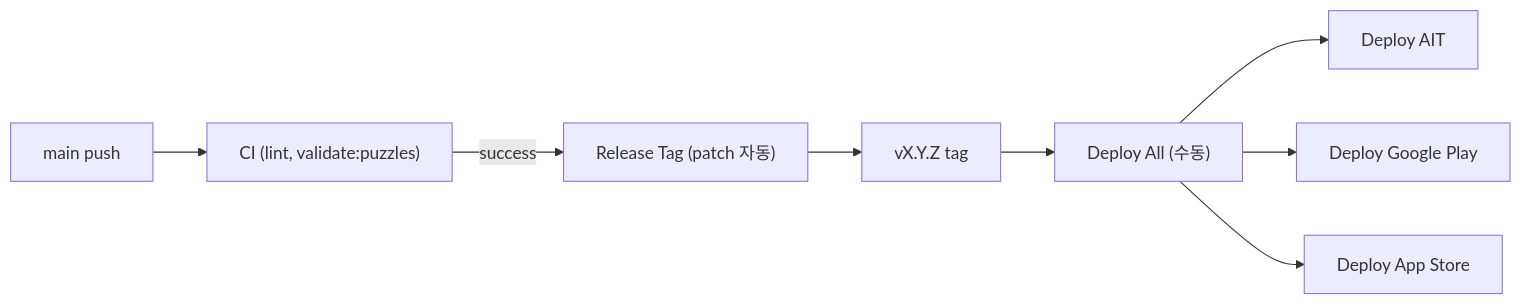
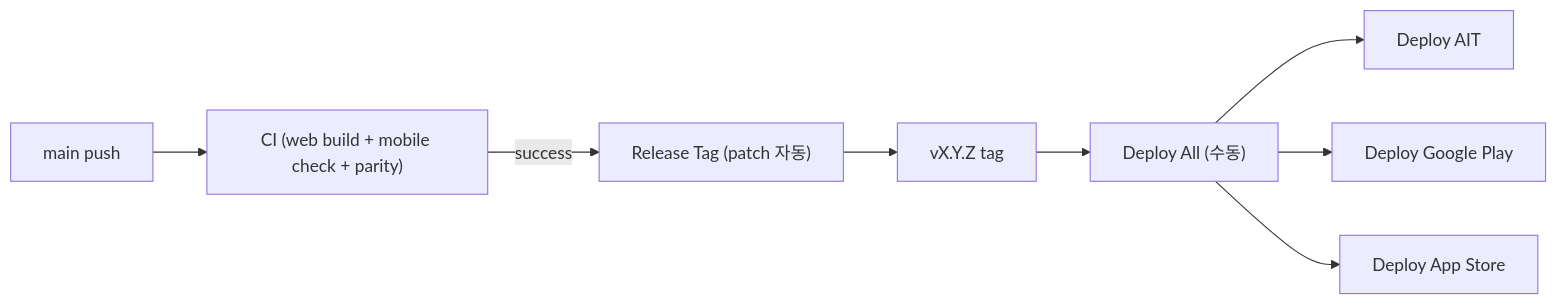
Before and after one commit to seorilabs/crossword-puzzle: the diagram in docs/release-versioning.md, drawn with Mermaid. The commit also changed other lines of this file and 12 other files, not shown here.

````diff
--- a/docs/release-versioning.md
+++ b/docs/release-versioning.md
@@ -13,10 +14,10 @@
 ```mermaid
 flowchart LR
-  Push["main push"] --> CI["CI (lint, validate:puzzles)"]
+  Push["main push"] --> CI["CI (web build + mobile check + parity)"]
   CI -->|success| Tag["Release Tag (patch 자동)"]
   Tag --> Semver["vX.Y.Z tag"]
   Semver --> DeployAll["Deploy All (수동)"]
   DeployAll --> AIT["Deploy AIT"]
   DeployAll --> Play["Deploy Google Play"]
   DeployAll --> Store["Deploy App Store"]
 ```
````
